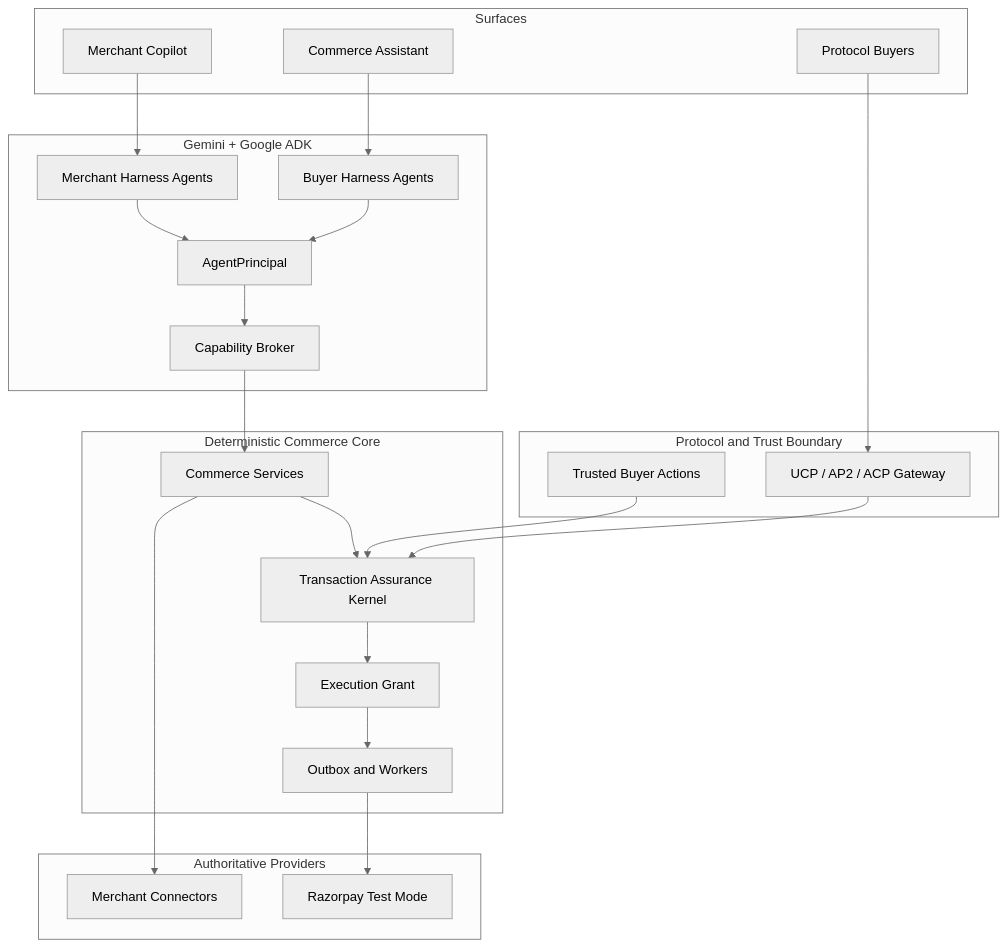
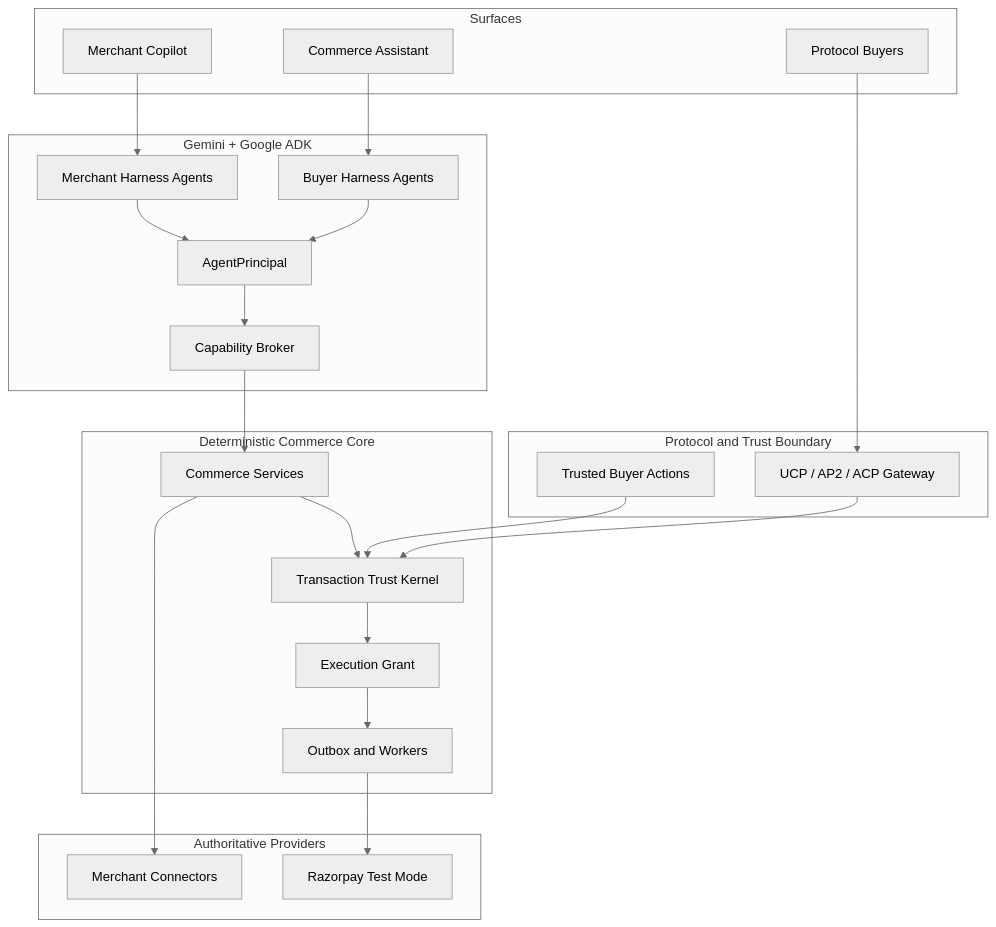
Before and after one commit to vedanttyagitech-developer/RazorSharp-Agentic-Commerce-and-AI-based-Business-Growth-Platform: the first of 5 diagrams in PROJECT_SPECIFICATION.md, drawn with Mermaid (neutral theme). The commit also changed other lines of this file and 16 other files, not shown here.

First line of the commit message:
The kernel is the Transaction Trust Kernel, in every document and docstring

````diff
--- a/PROJECT_SPECIFICATION.md
+++ b/PROJECT_SPECIFICATION.md
@@ -228,47 +228,47 @@
 ```mermaid
 flowchart TB
     subgraph Surfaces
         Buyer["Commerce Assistant"]
         Merchant["Merchant Copilot"]
         External["Protocol Buyers"]
     end
 
     subgraph AgentLayer["Gemini + Google ADK"]
         BuyerAgents["Buyer Harness Agents"]
         MerchantAgents["Merchant Harness Agents"]
         Principal["AgentPrincipal"]
         Broker["Capability Broker"]
     end
 
     subgraph TrustLayer["Protocol and Trust Boundary"]
         Gateway["UCP / AP2 / ACP Gateway"]
         Trusted["Trusted Buyer Actions"]
     end
 
     subgraph Core["Deterministic Commerce Core"]
         Services["Commerce Services"]
-        Kernel["Transaction Assurance Kernel"]
+        Kernel["Transaction Trust Kernel"]
         Grant["Execution Grant"]
         Outbox["Outbox and Workers"]
     end
 
     subgraph Providers["Authoritative Providers"]
         MerchantState["Merchant Connectors"]
         Razorpay["Razorpay Test Mode"]
     end
 
     Buyer --> BuyerAgents
     Merchant --> MerchantAgents
     External --> Gateway
     BuyerAgents --> Principal
     MerchantAgents --> Principal
     Principal --> Broker
     Gateway --> Kernel
     Trusted --> Kernel
     Broker --> Services
     Services --> Kernel
     Services --> MerchantState
     Kernel --> Grant
     Grant --> Outbox
     Outbox --> Razorpay
 ```
````
